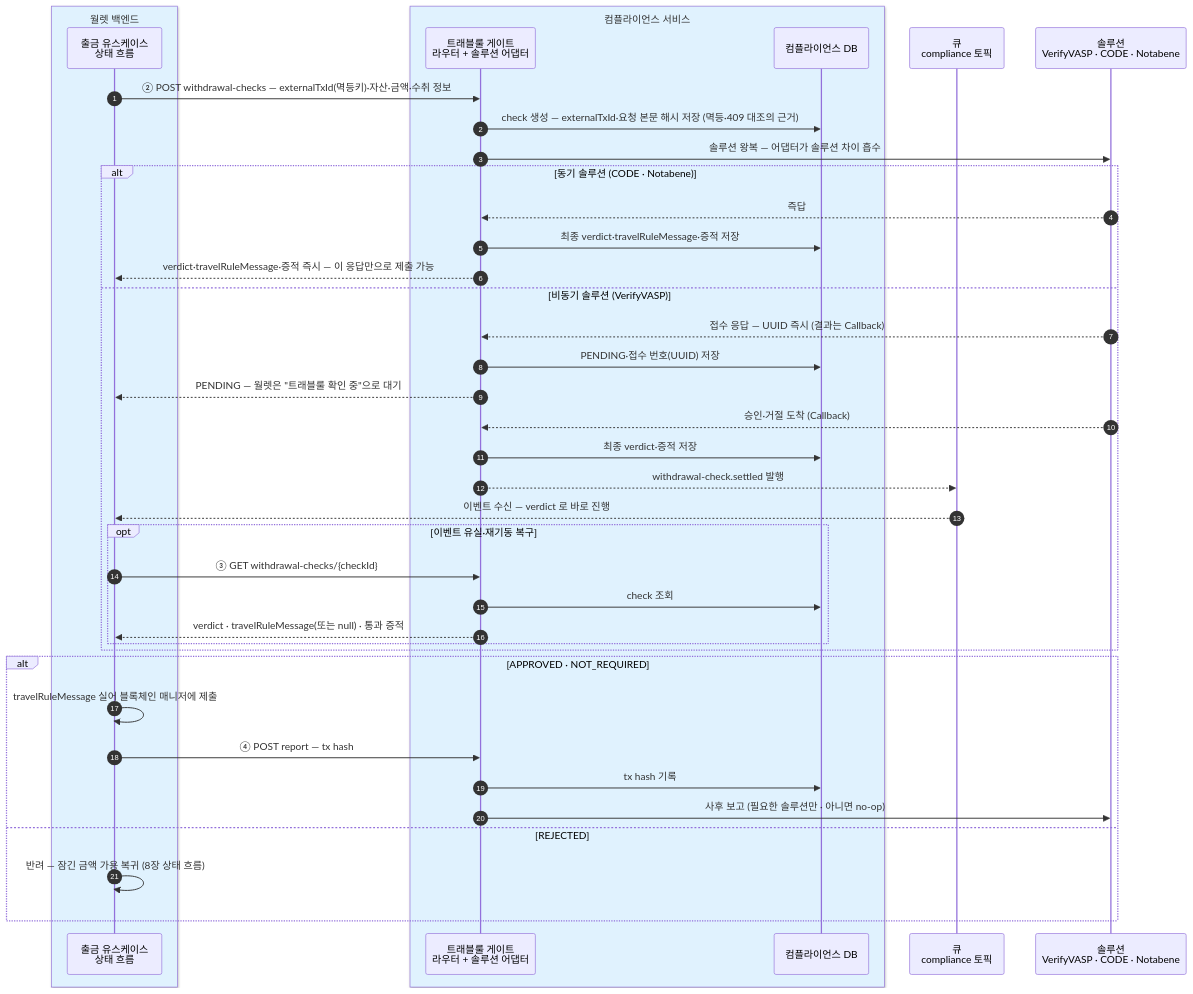
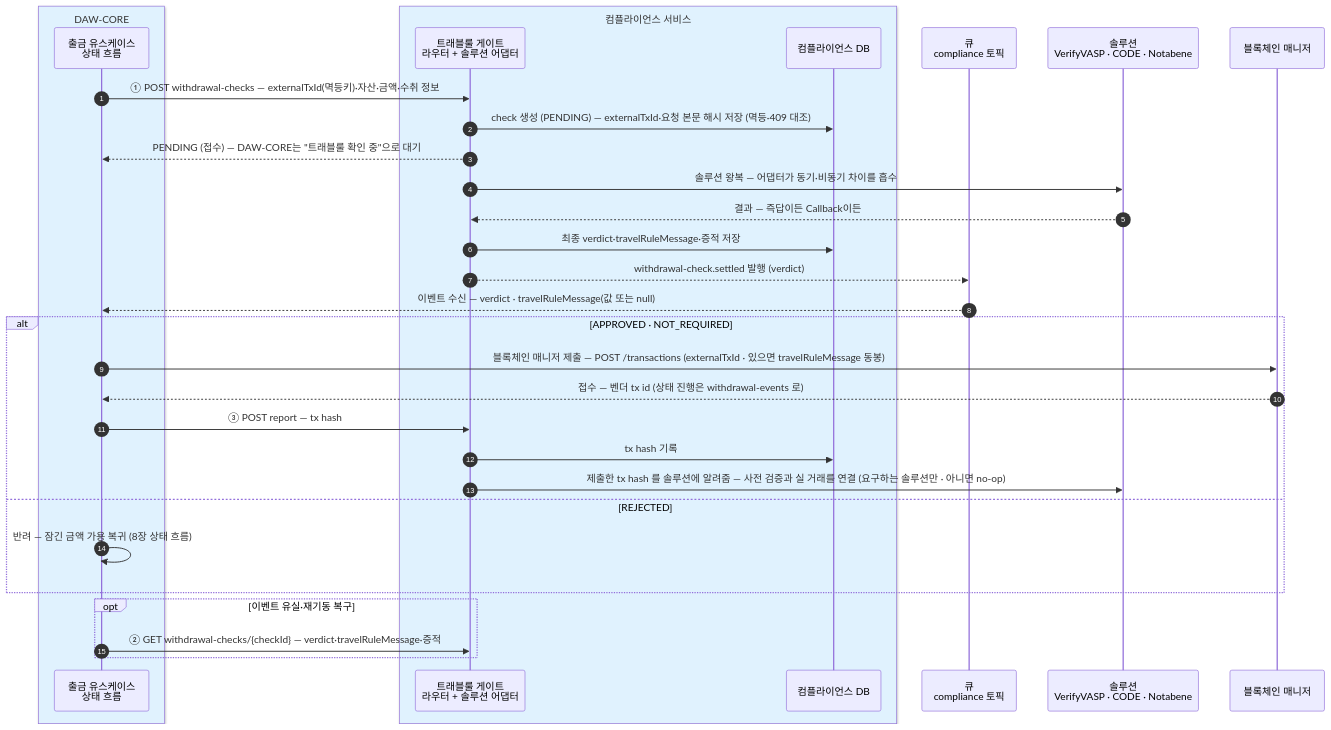
Before and after one commit to eunsujeo/eunpus: the fourth of 5 diagrams in blockchain-manager/docs/컴플라이언스/설계/01-interface.md, drawn with Mermaid. The commit also changed other lines of this file and 25 other files, not shown here.

First line of the commit message:
컴플라이언스·온보딩 정리 — 코어 명칭 DAW-CORE 통일 + 출금 확인 비동기 통일 + 다이어그램 보강

````diff
--- a/blockchain-manager/docs/컴플라이언스/설계/01-interface.md
+++ b/blockchain-manager/docs/컴플라이언스/설계/01-interface.md
@@ -161,43 +164,35 @@
 ```mermaid
 sequenceDiagram
     autonumber
-    box rgb(224,242,254) 월렛 백엔드
+    box rgb(224,242,254) DAW-CORE
     participant BE as 출금 유스케이스<br/>상태 흐름
     end
     box rgb(224,242,254) 컴플라이언스 서비스
     participant CP as 트래블룰 게이트<br/>라우터 + 솔루션 어댑터
     participant DB as 컴플라이언스 DB
     end
     participant MQ as 큐<br/>compliance 토픽
     participant NET as 솔루션<br/>VerifyVASP · CODE · Notabene
+    participant BM as 블록체인 매니저
 
-    BE->>CP: ② POST withdrawal-checks — externalTxId(멱등키)·자산·금액·수취 정보
-    CP->>DB: check 생성 — externalTxId·요청 본문 해시 저장 (멱등·409 대조의 근거)
-    CP->>NET: 솔루션 왕복 — 어댑터가 솔루션 차이 흡수
-    alt 동기 솔루션 (CODE · Notabene)
-        NET-->>CP: 즉답
-        CP->>DB: 최종 verdict·travelRuleMessage·증적 저장
-        CP-->>BE: verdict·travelRuleMessage·증적 즉시 — 이 응답만으로 제출 가능
-    else 비동기 솔루션 (VerifyVASP)
-        NET-->>CP: 접수 응답 — UUID 즉시 (결과는 Callback)
-        CP->>DB: PENDING·접수 번호(UUID) 저장
-        CP-->>BE: PENDING — 월렛은 "트래블룰 확인 중"으로 대기
-        NET-->>CP: 승인·거절 도착 (Callback)
-        CP->>DB: 최종 verdict·증적 저장
-        CP-->>MQ: withdrawal-check.settled 발행
-        MQ-->>BE: 이벤트 수신 — verdict 로 바로 진행
-        opt 이벤트 유실·재기동 복구
-            BE->>CP: ③ GET withdrawal-checks/{checkId}
-            CP->>DB: check 조회
-            CP-->>BE: verdict · travelRuleMessage(또는 null) · 통과 증적
-        end
-    end
+    BE->>CP: ① POST withdrawal-checks — externalTxId(멱등키)·자산·금액·수취 정보
+    CP->>DB: check 생성 (PENDING) — externalTxId·요청 본문 해시 저장 (멱등·409 대조)
+    CP-->>BE: PENDING (접수) — DAW-CORE는 "트래블룰 확인 중"으로 대기
+    CP->>NET: 솔루션 왕복 — 어댑터가 동기·비동기 차이를 흡수
+    NET-->>CP: 결과 — 즉답이든 Callback이든
+    CP->>DB: 최종 verdict·travelRuleMessage·증적 저장
+    CP-->>MQ: withdrawal-check.settled 발행 (verdict)
+    MQ-->>BE: 이벤트 수신 — verdict · travelRuleMessage(값 또는 null)
     alt APPROVED · NOT_REQUIRED
-        BE->>BE: travelRuleMessage 실어 블록체인 매니저에 제출
-        BE->>CP: ④ POST report — tx hash
+        BE->>BM: 블록체인 매니저 제출 — POST /transactions (externalTxId · 있으면 travelRuleMessage 동봉)
+        BM-->>BE: 접수 — 벤더 tx id (상태 진행은 withdrawal-events 로)
+        BE->>CP: ③ POST report — tx hash
         CP->>DB: tx hash 기록
-        CP->>NET: 사후 보고 (필요한 솔루션만 · 아니면 no-op)
+        CP->>NET: 제출한 tx hash 를 솔루션에 알려줌 — 사전 검증과 실 거래를 연결 (요구하는 솔루션만 · 아니면 no-op)
     else REJECTED
         BE->>BE: 반려 — 잠긴 금액 가용 복귀 (8장 상태 흐름)
     end
+    opt 이벤트 유실·재기동 복구
+        BE->>CP: ② GET withdrawal-checks/{checkId} — verdict·travelRuleMessage·증적
+    end
 ```
````
